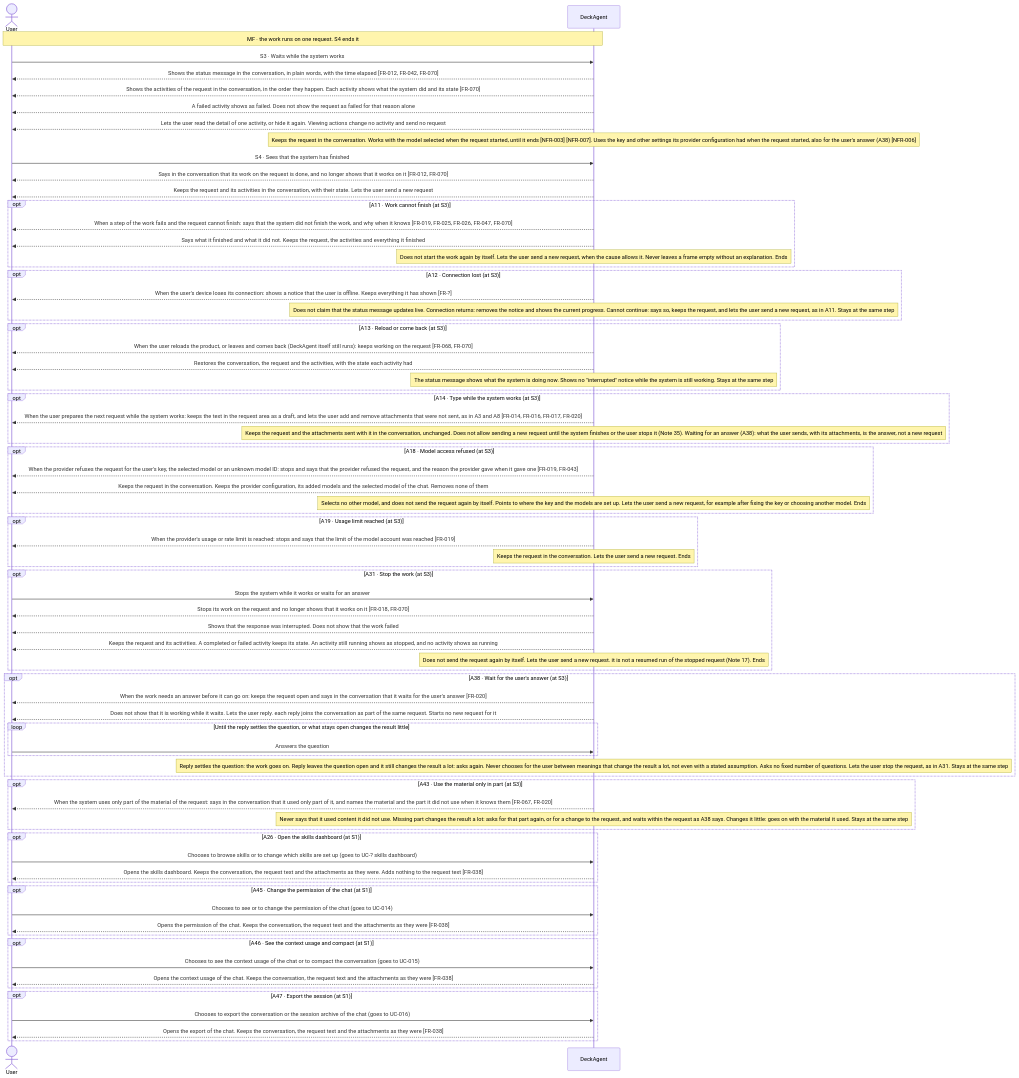
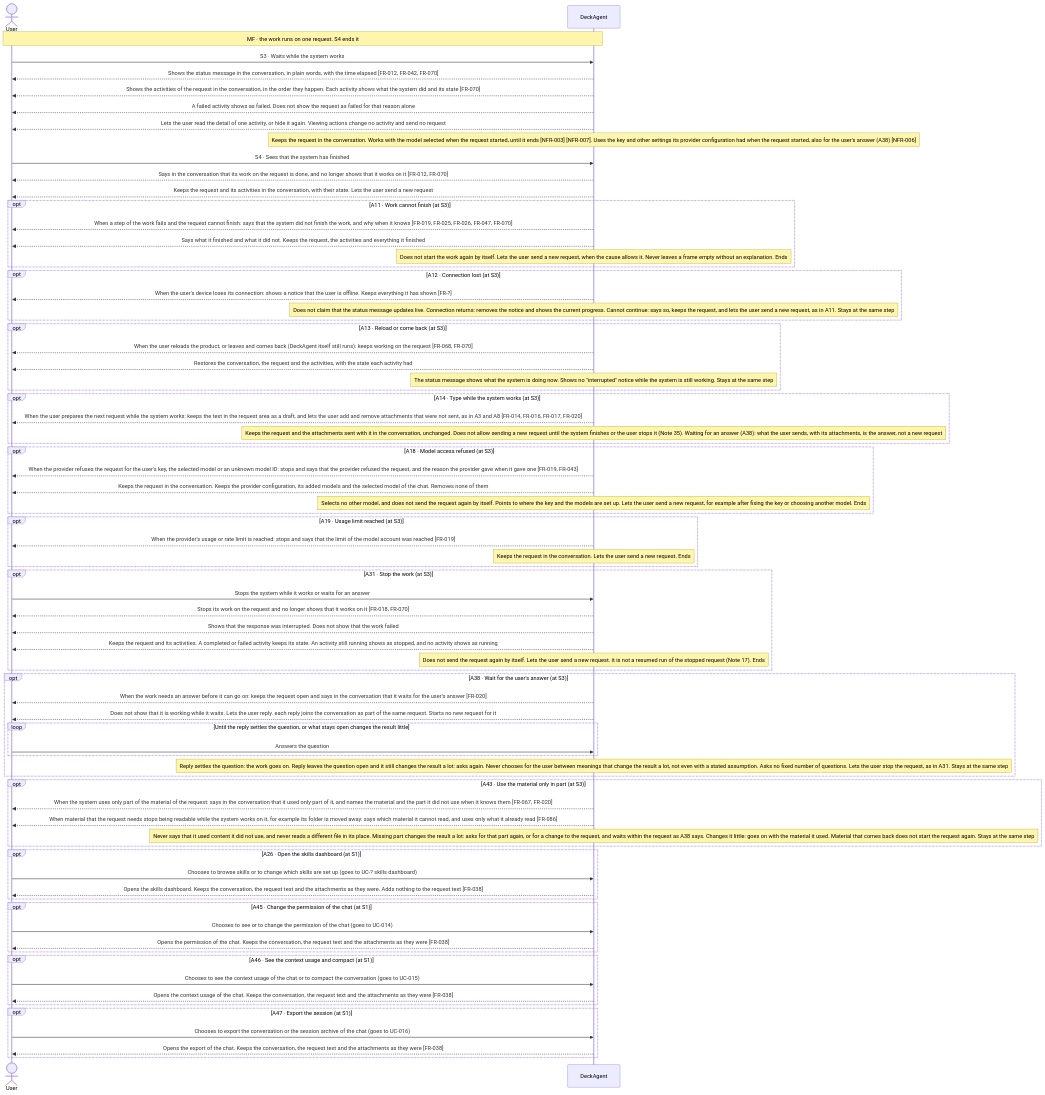
Before and after one commit to Luke23127006/DeckAgent: the fourth of 4 diagrams in docs/spec/03-use-cases/UC-003.md, drawn with Mermaid. The commit also changed other lines of this file and 31 other files, not shown here.

````diff
--- a/docs/spec/03-use-cases/UC-003.md
+++ b/docs/spec/03-use-cases/UC-003.md
@@ -140,77 +140,78 @@
 ```mermaid
 sequenceDiagram
     actor User
     participant DeckAgent
     Note over User,DeckAgent: MF · the work runs on one request. S4 ends it
     User->>DeckAgent: S3 · Waits while the system works
     DeckAgent-->>User: Shows the status message in the conversation, in plain words, with the time elapsed [FR-012, FR-042, FR-070]
     DeckAgent-->>User: Shows the activities of the request in the conversation, in the order they happen. Each activity shows what the system did and its state [FR-070]
     DeckAgent-->>User: A failed activity shows as failed. Does not show the request as failed for that reason alone
     DeckAgent-->>User: Lets the user read the detail of one activity, or hide it again. Viewing actions change no activity and send no request
     note over DeckAgent: Keeps the request in the conversation. Works with the model selected when the request started, until it ends [NFR-003] [NFR-007]. Uses the key and other settings its provider configuration had when the request started, also for the user's answer (A38) [NFR-006]
     User->>DeckAgent: S4 · Sees that the system has finished
     DeckAgent-->>User: Says in the conversation that its work on the request is done, and no longer shows that it works on it [FR-012, FR-070]
     DeckAgent-->>User: Keeps the request and its activities in the conversation, with their state. Lets the user send a new request
     opt A11 · Work cannot finish (at S3)
         DeckAgent-->>User: When a step of the work fails and the request cannot finish: says that the system did not finish the work, and why when it knows [FR-019, FR-025, FR-026, FR-047, FR-070]
         DeckAgent-->>User: Says what it finished and what it did not. Keeps the request, the activities and everything it finished
         note over DeckAgent: Does not start the work again by itself. Lets the user send a new request, when the cause allows it. Never leaves a frame empty without an explanation. Ends
     end
     opt A12 · Connection lost (at S3)
         DeckAgent-->>User: When the user's device loses its connection: shows a notice that the user is offline. Keeps everything it has shown [FR-?]
         note over DeckAgent: Does not claim that the status message updates live. Connection returns: removes the notice and shows the current progress. Cannot continue: says so, keeps the request, and lets the user send a new request, as in A11. Stays at the same step
     end
     opt A13 · Reload or come back (at S3)
         DeckAgent-->>User: When the user reloads the product, or leaves and comes back (DeckAgent itself still runs): keeps working on the request [FR-068, FR-070]
         DeckAgent-->>User: Restores the conversation, the request and the activities, with the state each activity had
         note over DeckAgent: The status message shows what the system is doing now. Shows no "interrupted" notice while the system is still working. Stays at the same step
     end
     opt A14 · Type while the system works (at S3)
         DeckAgent-->>User: When the user prepares the next request while the system works: keeps the text in the request area as a draft, and lets the user add and remove attachments that were not sent, as in A3 and A8 [FR-014, FR-016, FR-017, FR-020]
         note over DeckAgent: Keeps the request and the attachments sent with it in the conversation, unchanged. Does not allow sending a new request until the system finishes or the user stops it (Note 35). Waiting for an answer (A38): what the user sends, with its attachments, is the answer, not a new request
     end
     opt A18 · Model access refused (at S3)
         DeckAgent-->>User: When the provider refuses the request for the user's key, the selected model or an unknown model ID: stops and says that the provider refused the request, and the reason the provider gave when it gave one [FR-019, FR-043]
         DeckAgent-->>User: Keeps the request in the conversation. Keeps the provider configuration, its added models and the selected model of the chat. Removes none of them
         note over DeckAgent: Selects no other model, and does not send the request again by itself. Points to where the key and the models are set up. Lets the user send a new request, for example after fixing the key or choosing another model. Ends
     end
     opt A19 · Usage limit reached (at S3)
         DeckAgent-->>User: When the provider's usage or rate limit is reached: stops and says that the limit of the model account was reached [FR-019]
         note over DeckAgent: Keeps the request in the conversation. Lets the user send a new request. Ends
     end
     opt A31 · Stop the work (at S3)
         User->>DeckAgent: Stops the system while it works or waits for an answer
         DeckAgent-->>User: Stops its work on the request and no longer shows that it works on it [FR-018, FR-070]
         DeckAgent-->>User: Shows that the response was interrupted. Does not show that the work failed
         DeckAgent-->>User: Keeps the request and its activities. A completed or failed activity keeps its state. An activity still running shows as stopped, and no activity shows as running
         note over DeckAgent: Does not send the request again by itself. Lets the user send a new request. it is not a resumed run of the stopped request (Note 17). Ends
     end
     opt A38 · Wait for the user's answer (at S3)
         DeckAgent-->>User: When the work needs an answer before it can go on: keeps the request open and says in the conversation that it waits for the user's answer [FR-020]
         DeckAgent-->>User: Does not show that it is working while it waits. Lets the user reply. each reply joins the conversation as part of the same request. Starts no new request for it
         loop Until the reply settles the question, or what stays open changes the result little
             User->>DeckAgent: Answers the question
         end
         note over DeckAgent: Reply settles the question: the work goes on. Reply leaves the question open and it still changes the result a lot: asks again. Never chooses for the user between meanings that change the result a lot, not even with a stated assumption. Asks no fixed number of questions. Lets the user stop the request, as in A31. Stays at the same step
     end
     opt A43 · Use the material only in part (at S3)
         DeckAgent-->>User: When the system uses only part of the material of the request: says in the conversation that it used only part of it, and names the material and the part it did not use when it knows them [FR-067, FR-020]
-        note over DeckAgent: Never says that it used content it did not use. Missing part changes the result a lot: asks for that part again, or for a change to the request, and waits within the request as A38 says. Changes it little: goes on with the material it used. Stays at the same step
+        DeckAgent-->>User: When material that the request needs stops being readable while the system works on it, for example its folder is moved away: says which material it cannot read, and uses only what it already read [FR-086]
+        note over DeckAgent: Never says that it used content it did not use, and never reads a different file in its place. Missing part changes the result a lot: asks for that part again, or for a change to the request, and waits within the request as A38 says. Changes it little: goes on with the material it used. Material that comes back does not start the request again. Stays at the same step
     end
     opt A26 · Open the skills dashboard (at S1)
         User->>DeckAgent: Chooses to browse skills or to change which skills are set up (goes to UC-? skills dashboard)
         DeckAgent-->>User: Opens the skills dashboard. Keeps the conversation, the request text and the attachments as they were. Adds nothing to the request text [FR-038]
     end
     opt A45 · Change the permission of the chat (at S1)
         User->>DeckAgent: Chooses to see or to change the permission of the chat (goes to UC-014)
         DeckAgent-->>User: Opens the permission of the chat. Keeps the conversation, the request text and the attachments as they were [FR-038]
     end
     opt A46 · See the context usage and compact (at S1)
         User->>DeckAgent: Chooses to see the context usage of the chat or to compact the conversation (goes to UC-015)
         DeckAgent-->>User: Opens the context usage of the chat. Keeps the conversation, the request text and the attachments as they were [FR-038]
     end
     opt A47 · Export the session (at S1)
         User->>DeckAgent: Chooses to export the conversation or the session archive of the chat (goes to UC-016)
         DeckAgent-->>User: Opens the export of the chat. Keeps the conversation, the request text and the attachments as they were [FR-038]
     end
 ```
````
